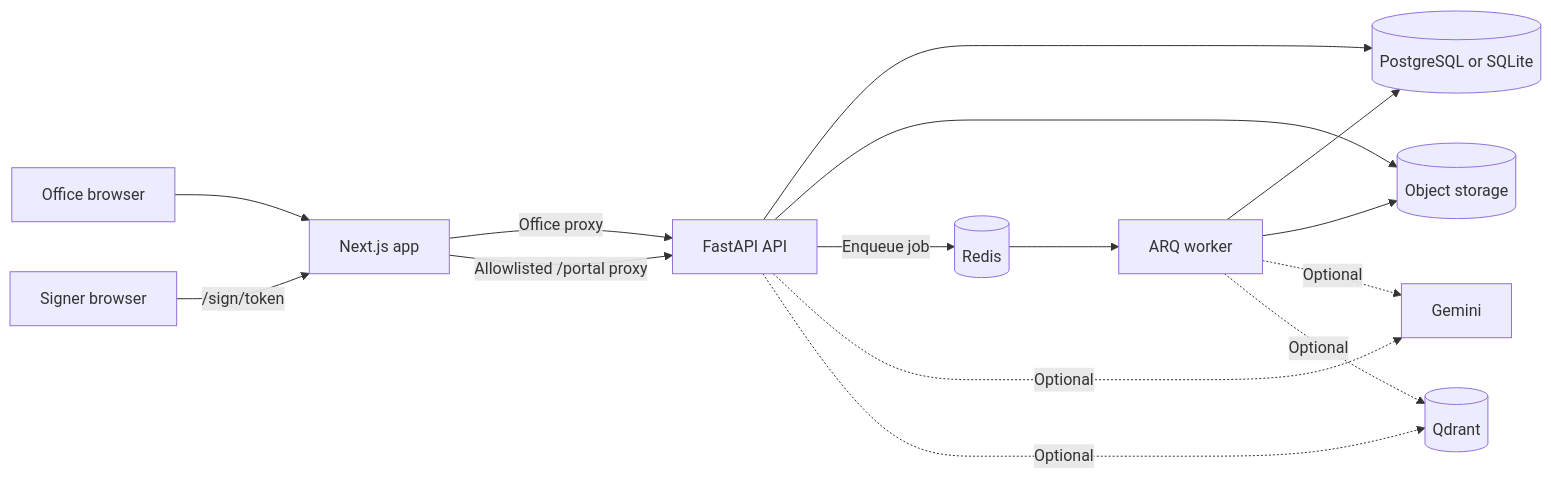
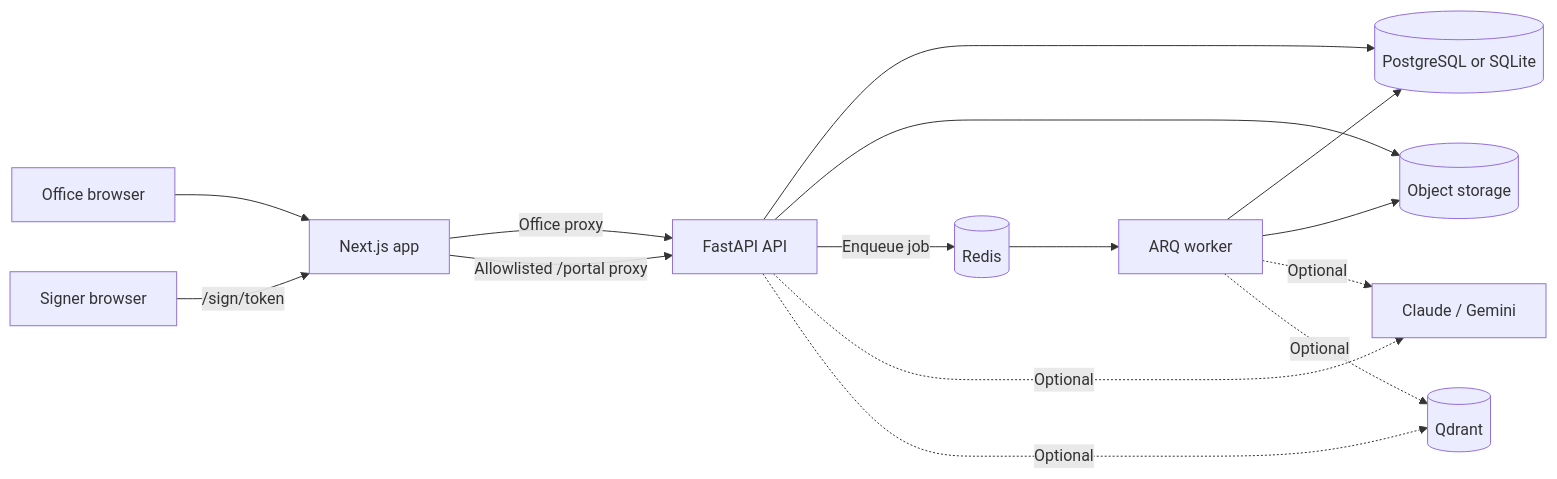
One commit to Or508/DocketAI changed the diagram in README.md. Above: the diagram before and after it, drawn with Mermaid. The commit also changed other lines of this file, not shown here.

Commit message:
Show what DocFlow does today in the README: Claude as the main model, the office features, 475 tests, and the deployment kits.

````diff
--- a/README.md
+++ b/README.md
@@ -44,17 +58,17 @@
 ```mermaid
 flowchart LR
     Office["Office browser"] --> Web["Next.js app"]
     Signer["Signer browser"] -->|"/sign/token"| Web
     Web -->|"Office proxy"| API["FastAPI API"]
     Web -->|"Allowlisted /portal proxy"| API
     API --> DB[("PostgreSQL or SQLite")]
     API --> Files[("Object storage")]
     API -->|"Enqueue job"| Redis[("Redis")]
     Redis --> Worker["ARQ worker"]
     Worker --> DB
     Worker --> Files
-    API -.->|"Optional"| Gemini["Gemini"]
-    Worker -.->|"Optional"| Gemini
+    API -.->|"Optional"| AI["Claude / Gemini"]
+    Worker -.->|"Optional"| AI
     Worker -.->|"Optional"| Qdrant[("Qdrant")]
     API -.->|"Optional"| Qdrant
 ```
````
